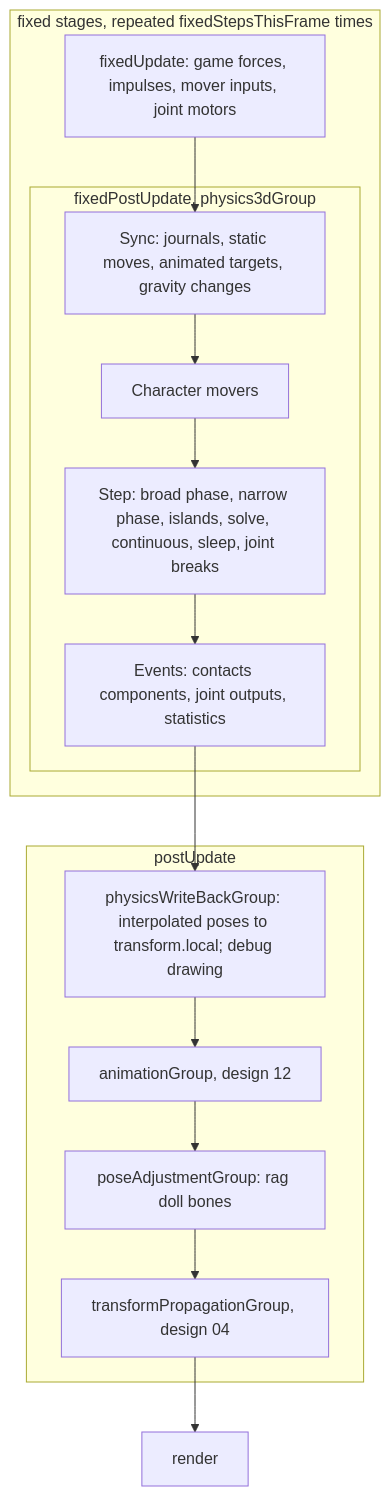
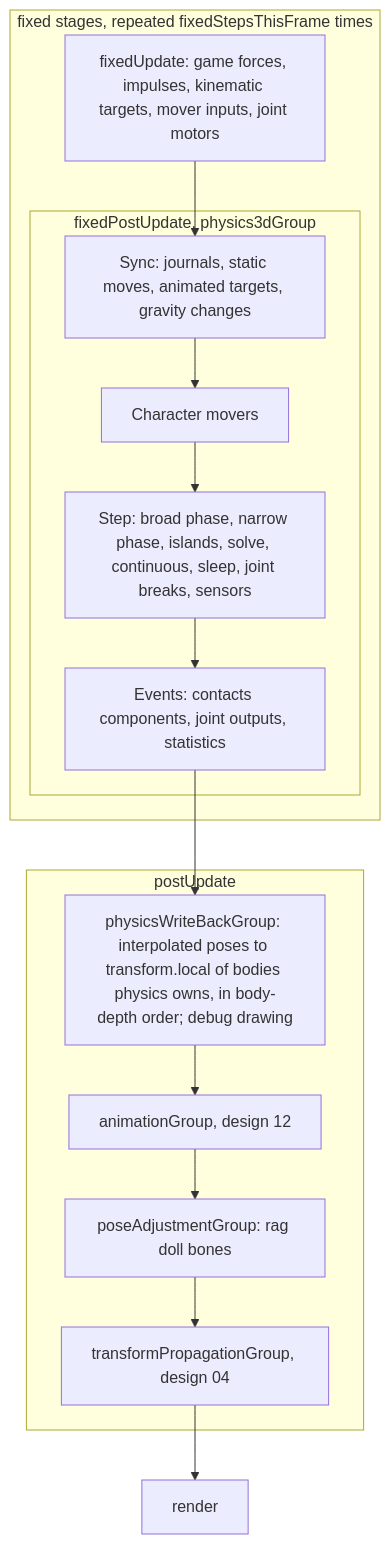
The first of 3 diagrams in design/3d/14-physics-3d.md (Forge-Game-Engine/Forge), drawn with Mermaid before and after one commit. The commit also changed other lines of this file and 3 other files, not shown here.

````diff
--- a/design/3d/14-physics-3d.md
+++ b/design/3d/14-physics-3d.md
@@ -532,20 +609,20 @@
 ```mermaid
 flowchart TB
   subgraph fixed [fixed stages, repeated fixedStepsThisFrame times]
-    FU[fixedUpdate: game forces, impulses, mover inputs, joint motors]
+    FU[fixedUpdate: game forces, impulses, kinematic targets, mover inputs, joint motors]
     subgraph FPU [fixedPostUpdate, physics3dGroup]
       SY[Sync: journals, static moves, animated targets, gravity changes]
       CM[Character movers]
-      ST[Step: broad phase, narrow phase, islands, solve, continuous, sleep, joint breaks]
+      ST[Step: broad phase, narrow phase, islands, solve, continuous, sleep, joint breaks, sensors]
       EV[Events: contacts components, joint outputs, statistics]
     end
     FU --> SY --> CM --> ST --> EV
   end
   subgraph PU [postUpdate]
-    WB[physicsWriteBackGroup: interpolated poses to transform.local; debug drawing]
+    WB[physicsWriteBackGroup: interpolated poses to transform.local of bodies physics owns, in body-depth order; debug drawing]
     AN[animationGroup, design 12]
     PA[poseAdjustmentGroup: rag doll bones]
     TP[transformPropagationGroup, design 04]
   end
   EV --> WB --> AN --> PA --> TP --> R[render]
 ```
````
